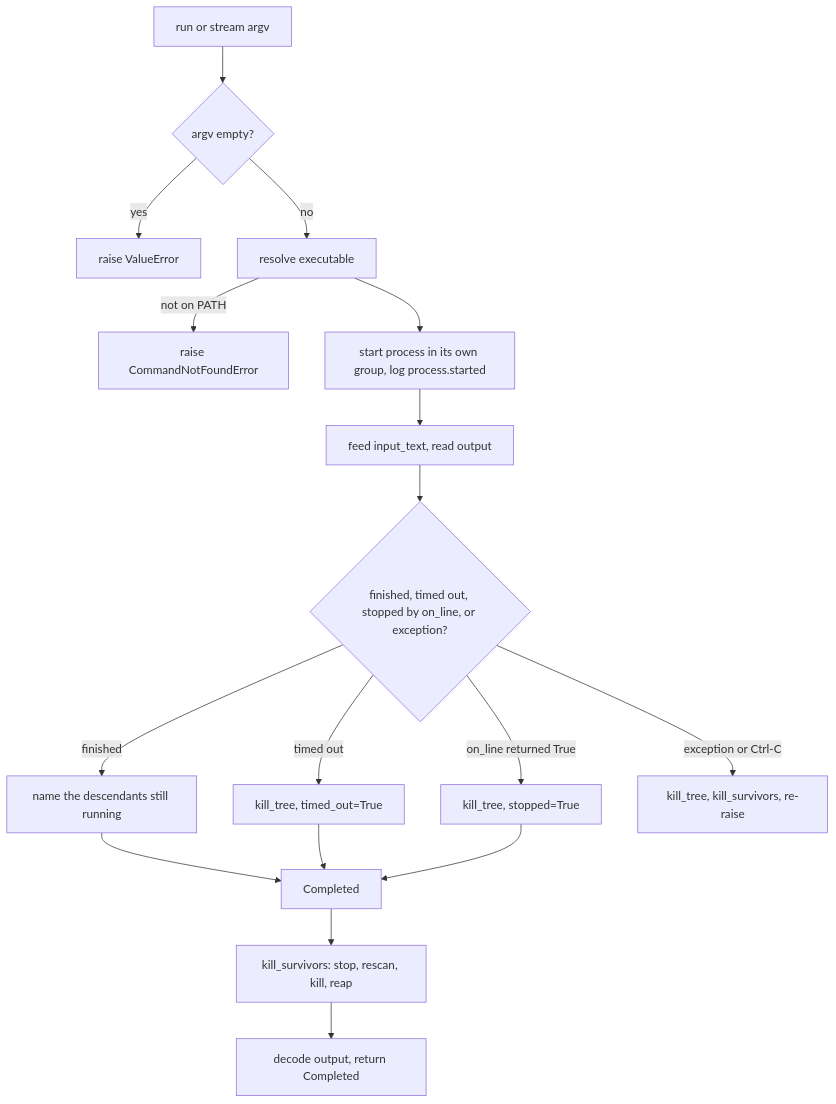
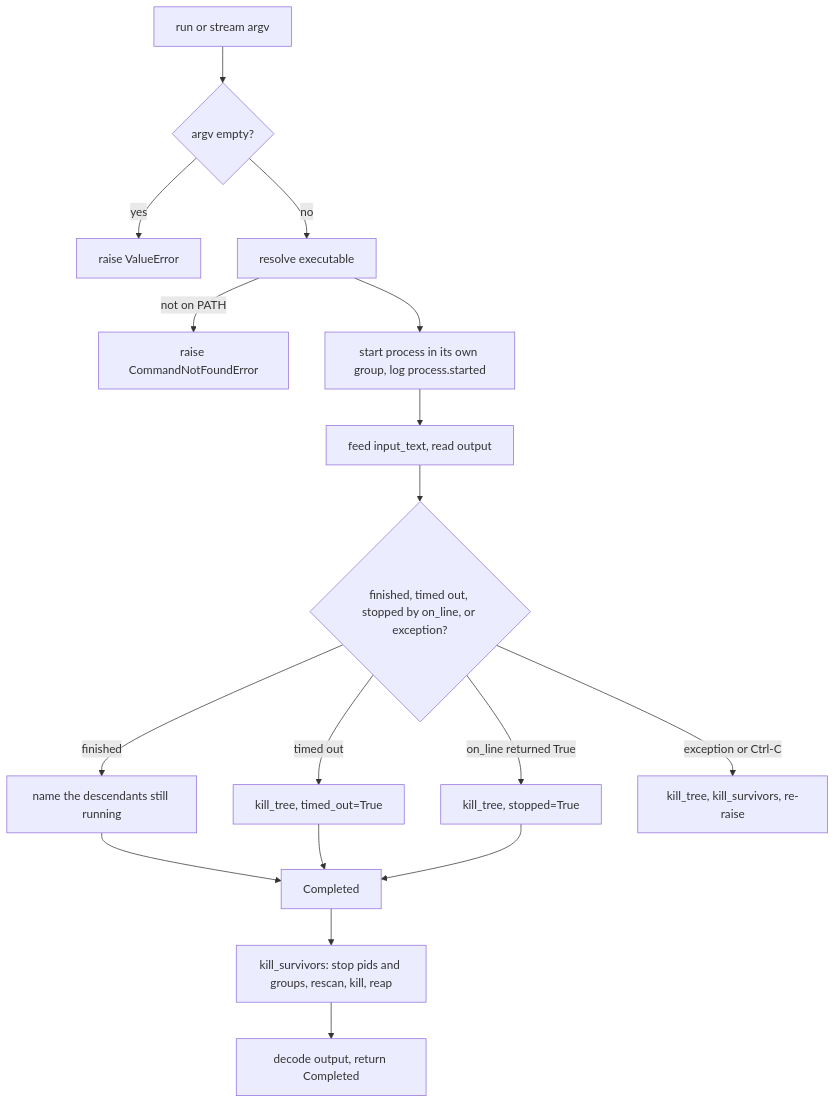
One commit to plaplanche/ariane changed the first of 3 diagrams in docs/architecture/modules/process.md. Above: the diagram before and after it, drawn with Mermaid. The commit also changed other lines of this file and 5 other files, not shown here.

Commit message:
#188: Survivors: a process that keeps forking escapes the /proc scan; stop and kill by process group and session (C10)

````diff
--- a/docs/architecture/modules/process.md
+++ b/docs/architecture/modules/process.md
@@ -32,19 +32,19 @@
 ```mermaid
 flowchart TD
   A[run or stream argv] --> B{argv empty?}
   B -- yes --> X[raise ValueError]
   B -- no --> C[resolve executable]
   C -- not on PATH --> Y[raise CommandNotFoundError]
   C --> D[start process in its own group, log process.started]
   D --> E[feed input_text, read output]
   E --> F{finished, timed out, stopped by on_line, or exception?}
   F -- finished --> L[name the descendants still running]
   L --> G[Completed]
   F -- timed out --> H[kill_tree, timed_out=True]
   F -- on_line returned True --> I[kill_tree, stopped=True]
   F -- exception or Ctrl-C --> J[kill_tree, kill_survivors, re-raise]
   H --> G
   I --> G
-  G --> S[kill_survivors: stop, rescan, kill, reap]
+  G --> S[kill_survivors: stop pids and groups, rescan, kill, reap]
   S --> K[decode output, return Completed]
 ```
````
